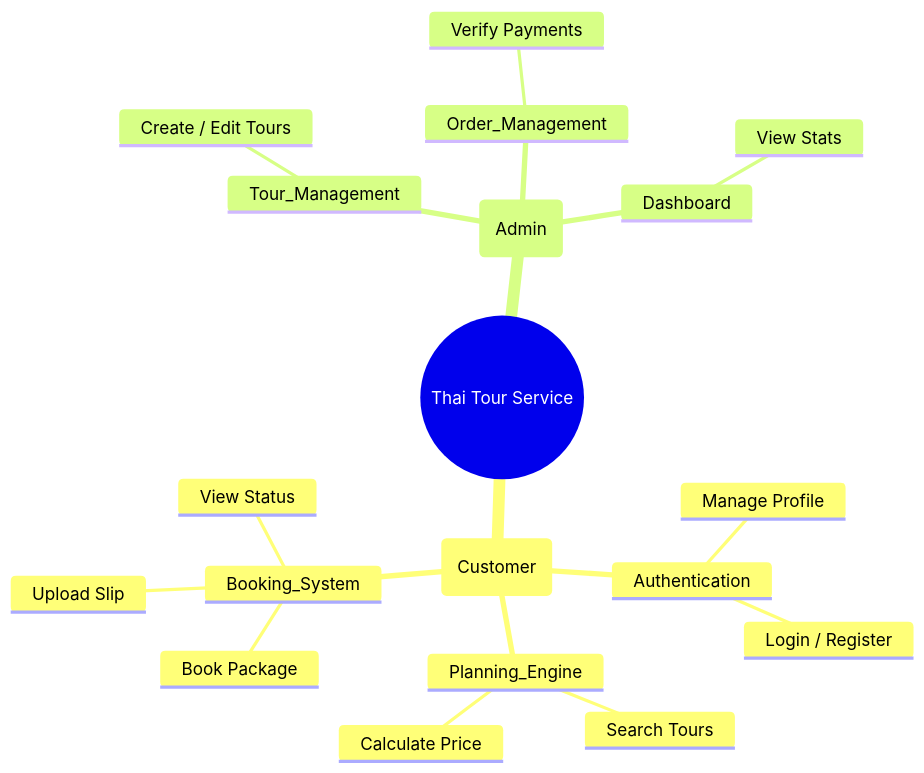
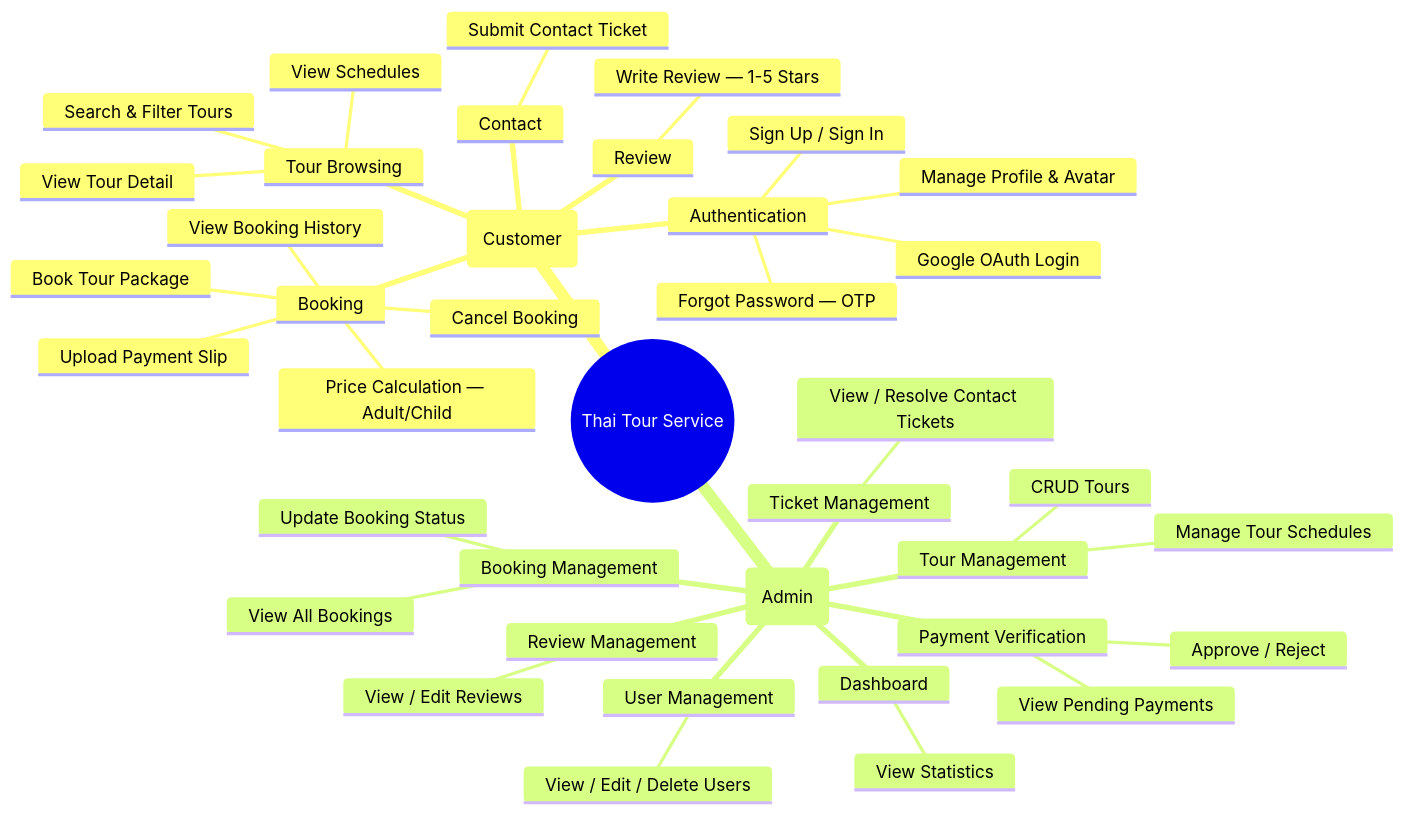
One commit to psu6810110135/final_porj changed the second of 5 diagrams in system_based/System_Overview.md. Above: the diagram before and after it, drawn with Mermaid. The commit also changed other lines of this file and 6 other files, not shown here.

````diff
--- a/system_based/System_Overview.md
+++ b/system_based/System_Overview.md
@@ -40,22 +49,42 @@
 ```mermaid
 mindmap
   root((Thai Tour Service))
-    Customer_Actor(Customer)
+    Customer(Customer)
         Authentication
-            Login / Register
-            Manage Profile
-        Planning_Engine
-            Search Tours
-            Calculate Price
-        Booking_System
-            Book Package
-            Upload Slip
-            View Status
-    Admin_Actor(Admin)
-        Tour_Management
-            Create / Edit Tours
-        Order_Management
-            Verify Payments
+            Sign Up / Sign In
+            Google OAuth Login
+            Forgot Password — OTP
+            Manage Profile & Avatar
+        Tour Browsing
+            Search & Filter Tours
+            View Tour Detail
+            View Schedules
+        Booking
+            Book Tour Package
+            Price Calculation — Adult/Child
+            Upload Payment Slip
+            View Booking History
+            Cancel Booking
+        Review
+            Write Review — 1-5 Stars
+        Contact
+            Submit Contact Ticket
+    Admin(Admin)
+        Tour Management
+            CRUD Tours
+            Manage Tour Schedules
+        Booking Management
+            View All Bookings
+            Update Booking Status
+        Payment Verification
+            View Pending Payments
+            Approve / Reject
+        User Management
+            View / Edit / Delete Users
+        Review Management
+            View / Edit Reviews
+        Ticket Management
+            View / Resolve Contact Tickets
         Dashboard
-            View Stats
+            View Statistics
 ```
````
